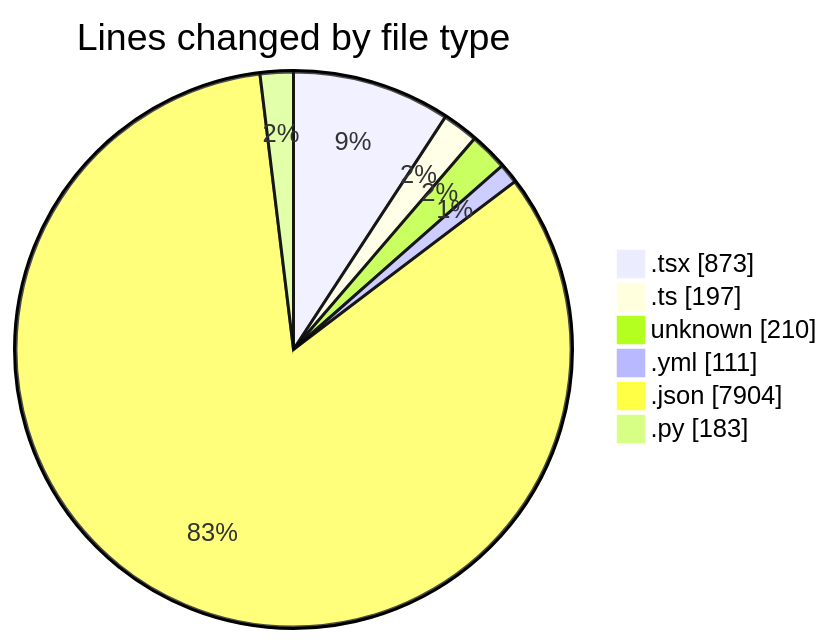
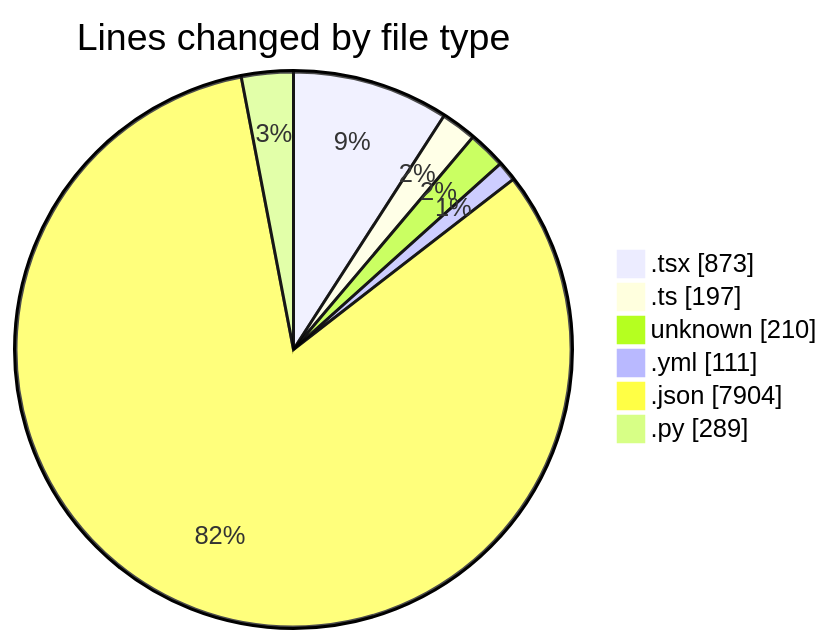
One commit to Elitesun/code-tracking changed the first of 2 diagrams in 2025-05-20/niten/README.md. Above: the diagram before and after it, drawn with Mermaid. The commit also changed other lines of this file and 1 other file, not shown here.

````diff
--- a/2025-05-20/niten/README.md
+++ b/2025-05-20/niten/README.md
@@ -36,10 +37,10 @@
 ```mermaid
 pie showData
 title Lines changed by file type
 ".tsx" : 873
 ".ts" : 197
 "unknown" : 210
 ".yml" : 111
 ".json" : 7904
-".py" : 183
+".py" : 289
 ```
````
